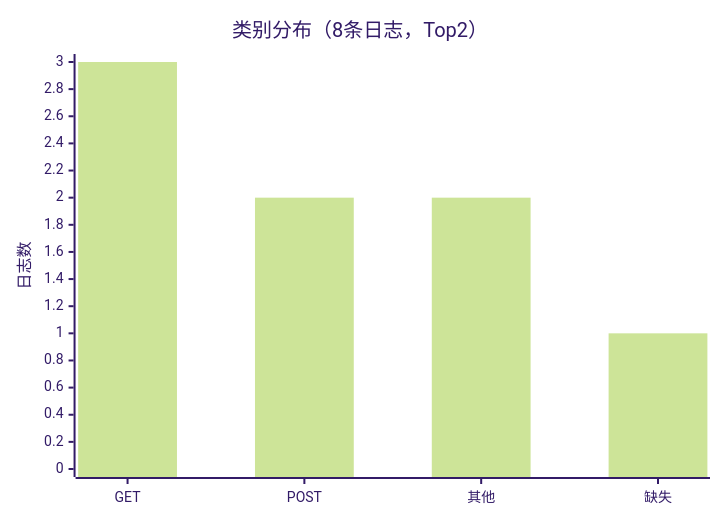
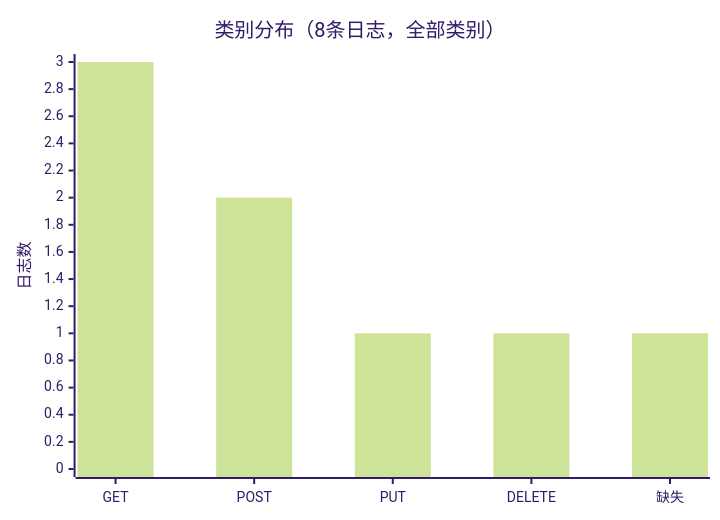
One commit to TencentBlueKing/bk-audit changed the third of 7 diagrams in src/backend/services/web/ai_assistant/docs/frontend_statistics.md. Above: the diagram before and after it, drawn with Mermaid (forest theme). The commit also changed other lines of this file and 56 other files, not shown here.

````diff
--- a/src/backend/services/web/ai_assistant/docs/frontend_statistics.md
+++ b/src/backend/services/web/ai_assistant/docs/frontend_statistics.md
@@ -183,7 +188,7 @@
 ```mermaid
 xychart-beta
-    title "类别分布（8条日志，Top2）"
-    x-axis ["GET", "POST", "其他", "缺失"]
+    title "类别分布（8条日志，全部类别）"
+    x-axis ["GET", "POST", "PUT", "DELETE", "缺失"]
     y-axis "日志数" 0 --> 3
-    bar [3, 2, 2, 1]
+    bar [3, 2, 1, 1, 1]
 ```
````
